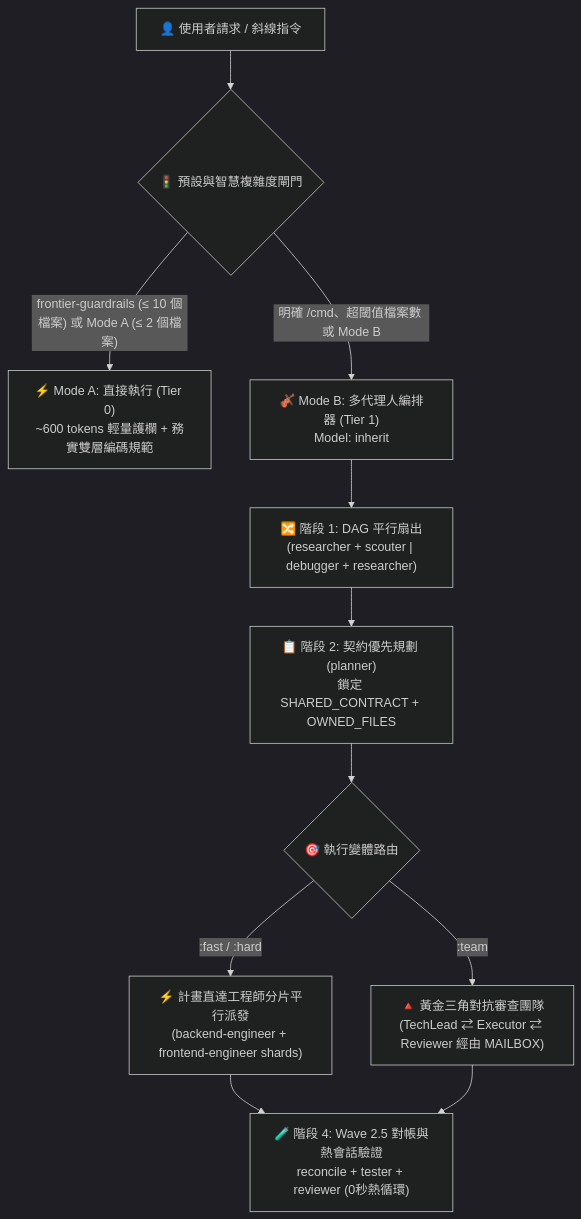
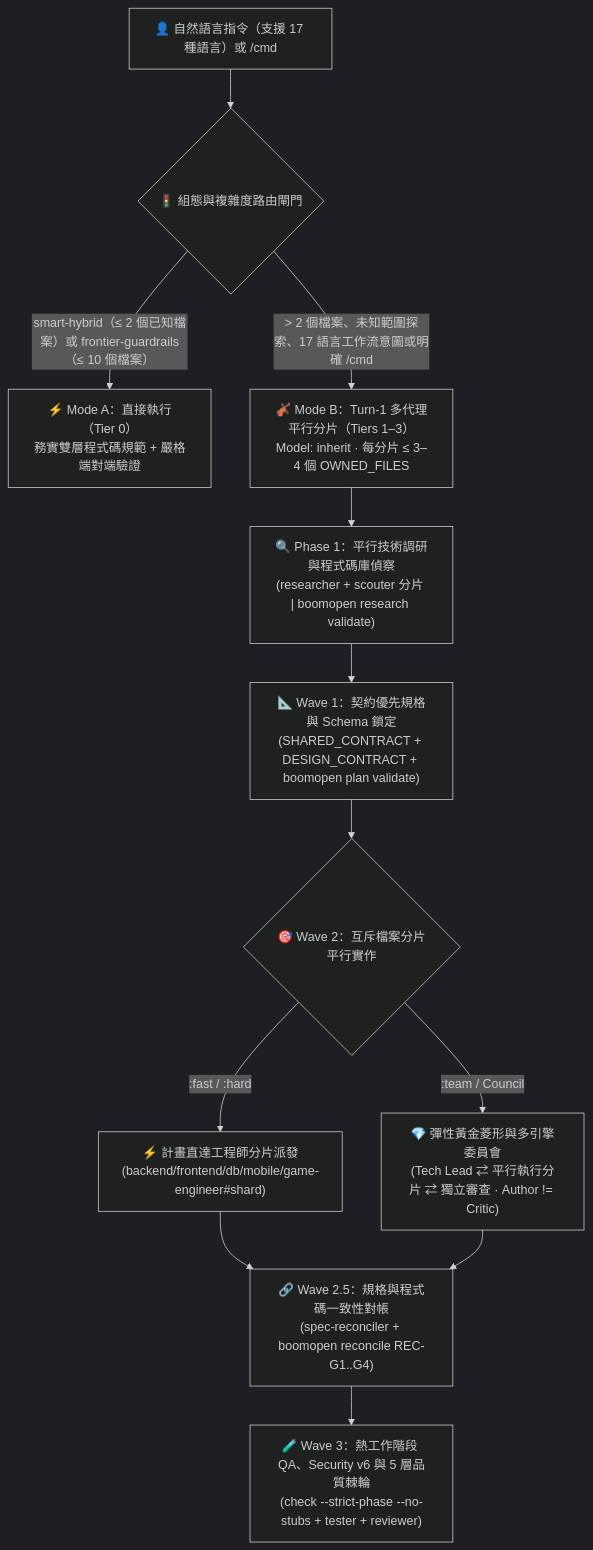
The diagram in i18n/README.zh-TW.md (Kennyboom/BoomOpen-Workflow-Kit-Pro), drawn with Mermaid (dark theme) before and after one commit. The commit also changed other lines of this file and 21 other files, not shown here.

````diff
--- a/i18n/README.zh-TW.md
+++ b/i18n/README.zh-TW.md
@@ -58,16 +94,17 @@
 ```mermaid
 flowchart TD
-    User["👤 使用者請求 / 斜線指令"] --> Gate{"🚦 預設與智慧複雜度閘門"}
-    Gate -->|"frontier-guardrails (≤ 10 個檔案) 或 Mode A (≤ 2 個檔案)"| ModeA["⚡ Mode A: 直接執行 (Tier 0)<br/>~600 tokens 輕量護欄 + 務實雙層編碼規範"]
-    Gate -->|"明確 /cmd、超閾值檔案數 或 Mode B"| ModeB["🎻 Mode B: 多代理人編排器 (Tier 1)<br/>Model: inherit"]
+    User["👤 自然語言指令（支援 17 種語言）或 /cmd"] --> Gate{"🚦 組態與複雜度路由閘門"}
+    Gate -->|"smart-hybrid（≤ 2 個已知檔案）或 frontier-guardrails（≤ 10 個檔案）"| ModeA["⚡ Mode A：直接執行（Tier 0）<br/>務實雙層程式碼規範 + 嚴格端對端驗證"]
+    Gate -->|"> 2 個檔案、未知範圍探索、17 語言工作流意圖或明確 /cmd"| ModeB["🎻 Mode B：Turn-1 多代理平行分片（Tiers 1–3）<br/>Model: inherit · 每分片 ≤ 3–4 個 OWNED_FILES"]
 
-    ModeB --> FanOut["🔀 階段 1: DAG 平行扇出<br/>(researcher + scouter | debugger + researcher)"]
-    FanOut --> Plan["📋 階段 2: 契約優先規劃 (planner)<br/>鎖定 SHARED_CONTRACT + OWNED_FILES"]
-    Plan --> Dispatch{"🎯 執行變體路由"}
+    ModeB --> Wave0["🔍 Phase 1：平行技術調研與程式碼庫偵察<br/>(researcher + scouter 分片 | boomopen research validate)"]
+    Wave0 --> Wave1["📐 Wave 1：契約優先規格與 Schema 鎖定<br/>(SHARED_CONTRACT + DESIGN_CONTRACT + boomopen plan validate)"]
+    Wave1 --> Wave2{"🎯 Wave 2：互斥檔案分片平行實作"}
 
-    Dispatch -->|":fast / :hard"| Direct["⚡ 計畫直達工程師分片平行派發<br/>(backend-engineer + frontend-engineer shards)"]
-    Dispatch -->|":team"| Triangle["🔺 黃金三角對抗審查團隊<br/>(TechLead ⇄ Executor ⇄ Reviewer 經由 MAILBOX)"]
+    Wave2 -->|":fast / :hard"| Direct["⚡ 計畫直達工程師分片派發<br/>(backend/frontend/db/mobile/game-engineer#shard)"]
+    Wave2 -->|":team / Council"| Diamond["💎 彈性黃金菱形與多引擎委員會<br/>(Tech Lead ⇄ 平行執行分片 ⇄ 獨立審查 · Author != Critic)"]
 
-    Direct --> Verify["🧪 階段 4: Wave 2.5 對帳與熱會話驗證<br/>reconcile + tester + reviewer (0秒熱循環)"]
-    Triangle --> Verify
+    Direct --> Wave25["🔗 Wave 2.5：規格與程式碼一致性對帳<br/>(spec-reconciler + boomopen reconcile REC-G1..G4)"]
+    Diamond --> Wave25
+    Wave25 --> Wave3["🧪 Wave 3：熱工作階段 QA、Security v6 與 5 層品質棘輪<br/>(check --strict-phase --no-stubs + tester + reviewer)"]
 ```
````
